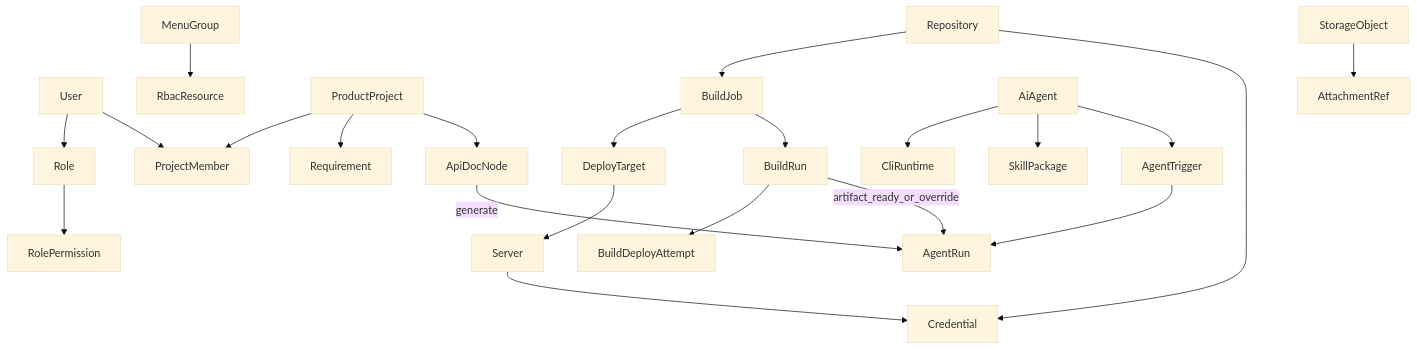
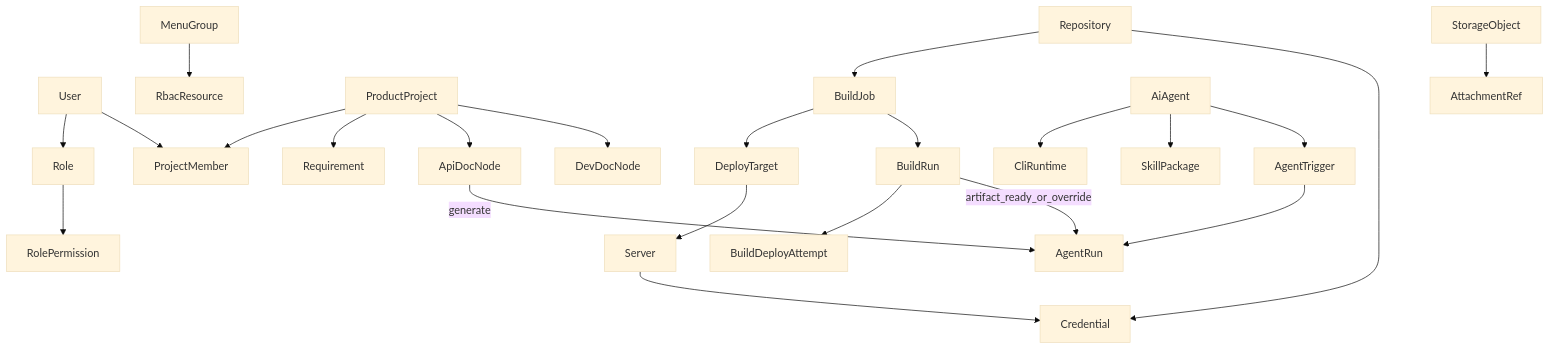
The diagram in docs/DESIGN.md (cabinet-fe/bedrock), drawn with Mermaid (base theme) before and after one commit. The commit also changed other lines of this file and 48 other files, not shown here.

````diff
--- a/docs/DESIGN.md
+++ b/docs/DESIGN.md
@@ -240,24 +240,25 @@
 ```mermaid
 flowchart TB
   User --> Role
   Role --> RolePermission
   MenuGroup --> RbacResource
   User --> ProjectMember
   ProductProject --> ProjectMember
   ProductProject --> Requirement
   ProductProject --> ApiDocNode
+  ProductProject --> DevDocNode
   Repository --> BuildJob
   BuildJob --> DeployTarget
   BuildJob --> BuildRun
   BuildRun --> BuildDeployAttempt
   DeployTarget --> Server
   Repository --> Credential
   Server --> Credential
   AiAgent --> CliRuntime
   AiAgent --> SkillPackage
   AiAgent --> AgentTrigger
   AgentTrigger --> AgentRun
   BuildRun -->|artifact_ready_or_override| AgentRun
   ApiDocNode -->|generate| AgentRun
   StorageObject --> AttachmentRef
 ```
````
